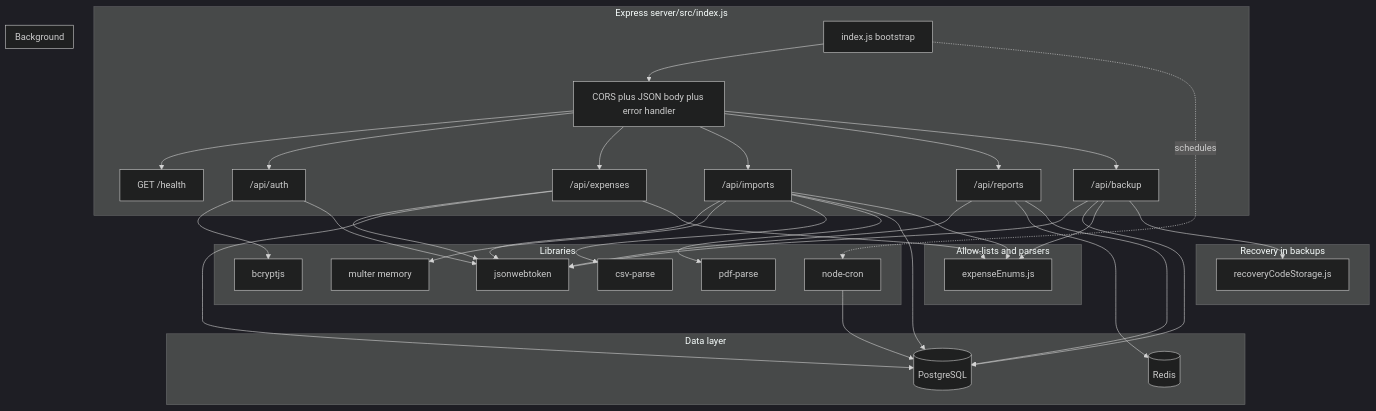
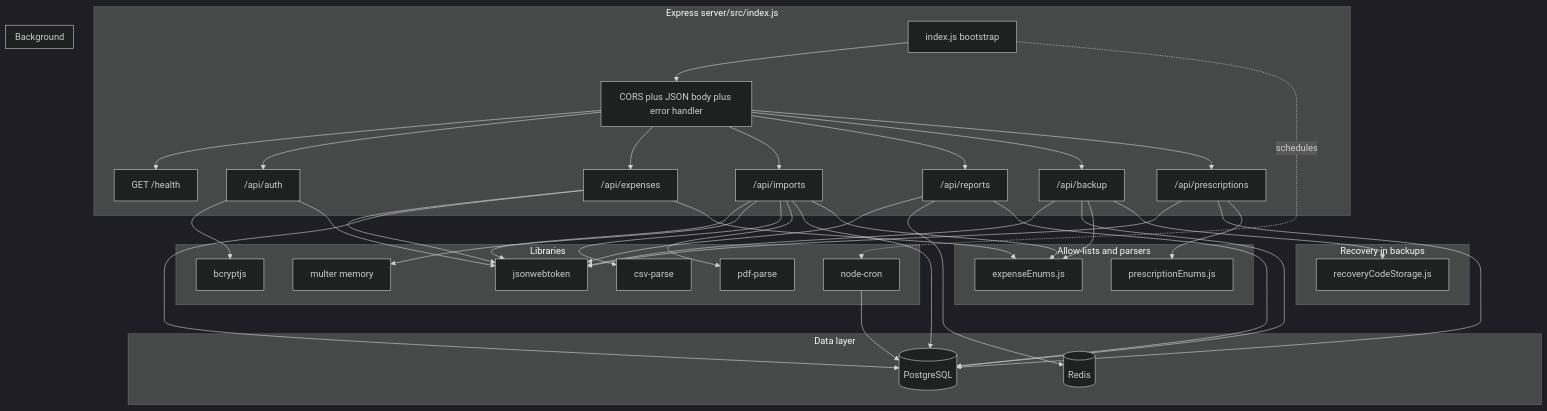
One commit to becomeonewiththecode/expense_tracker changed the sixth of 17 diagrams in docs/ARCHITECTURE_DIAGRAM.md. Above: the diagram before and after it, drawn with Mermaid (dark theme). The commit also changed other lines of this file and 14 other files, not shown here.

````diff
--- a/docs/ARCHITECTURE_DIAGRAM.md
+++ b/docs/ARCHITECTURE_DIAGRAM.md
@@ -150,67 +150,73 @@
 ```mermaid
 flowchart TB
   subgraph api [Express server/src/index.js]
     BOOT[index.js bootstrap]
     MW[CORS plus JSON body plus error handler]
     R0["GET /health"]
     R1["/api/auth"]
     R2["/api/expenses"]
     R3["/api/imports"]
     R4["/api/reports"]
     R5["/api/backup"]
+    R6["/api/prescriptions"]
     BOOT --> MW
     MW --> R0
     MW --> R1
     MW --> R2
     MW --> R3
     MW --> R4
     MW --> R5
+    MW --> R6
   end
 
   subgraph libs [Libraries]
     JWT[jsonwebtoken]
     BC[bcryptjs]
     MP[multer memory]
     CSV[csv-parse]
     PDF[pdf-parse]
     CC[node-cron]
   end
 
   subgraph data [Data layer]
     PG[(PostgreSQL)]
     RDX[(Redis)]
   end
 
   R1 --> BC
   R1 --> JWT
   R2 --> JWT
   R3 --> JWT
   R3 --> MP
   R3 --> CSV
   R3 --> PDF
   R4 --> JWT
   R5 --> JWT
+  R6 --> JWT
   R4 --> RDX
   R2 --> PG
   R3 --> PG
   R4 --> PG
   R5 --> PG
+  R6 --> PG
 
   subgraph enumHelpers [Allow-lists and parsers]
     EE[expenseEnums.js]
+    PE[prescriptionEnums.js]
   end
   R2 --> EE
   R3 --> EE
   R5 --> EE
+  R6 --> PE
 
   subgraph recovery [Recovery in backups]
     RCS[recoveryCodeStorage.js]
   end
   R5 --> RCS
 
   subgraph job [Background]
     CC --> PG
   end
 
   BOOT -.->|schedules| CC
 ```
````
